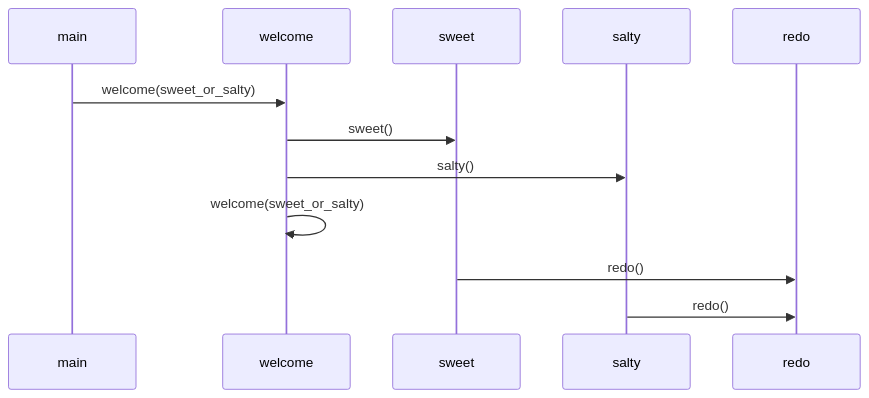
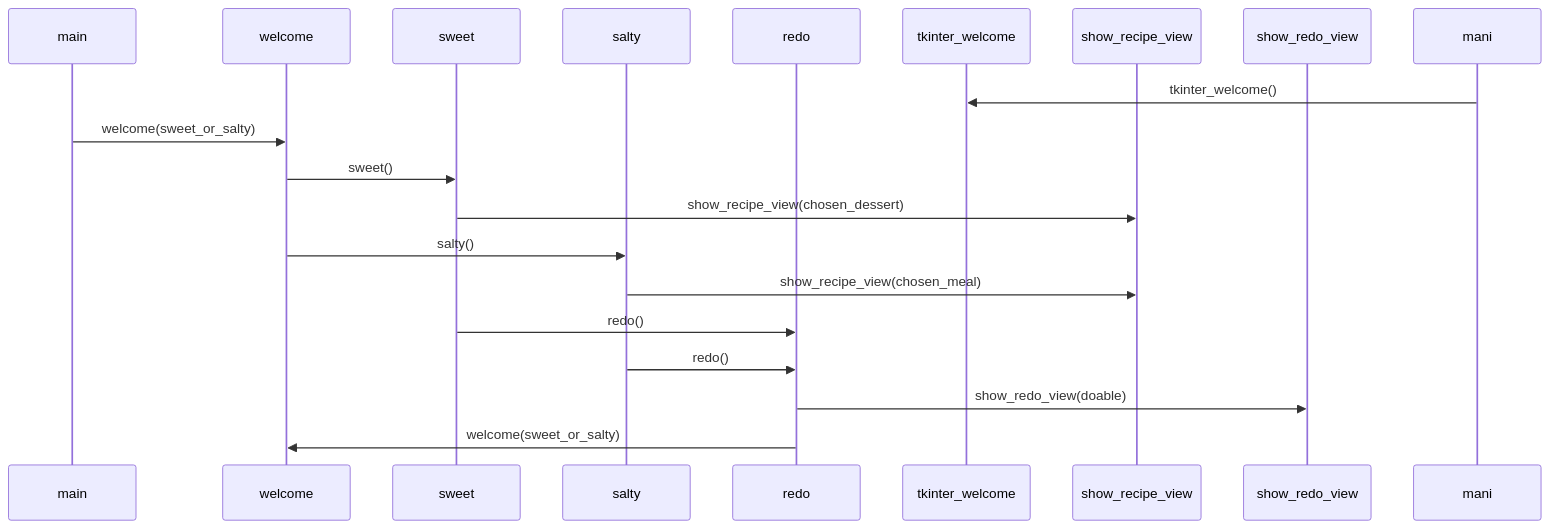
One commit to evas3/ot-harjoitustyo changed the diagram in dokumentaatio/arkkitehtuuri.md. Above: the diagram before and after it, drawn with Mermaid.

````diff
--- a/dokumentaatio/arkkitehtuuri.md
+++ b/dokumentaatio/arkkitehtuuri.md
@@ -1,14 +1,21 @@
 ```mermaid
 sequenceDiagram
   participant main
   participant welcome
   participant sweet
   participant salty
   participant redo
+  participant tkinter_welcome
+  participant show_recipe_view
+  participant show_redo_view
+  mani->>tkinter_welcome: tkinter_welcome()
   main->>welcome: welcome(sweet_or_salty)
   welcome->>sweet: sweet()
+  sweet->>show_recipe_view: show_recipe_view(chosen_dessert)
   welcome->>salty: salty()
-  welcome->>welcome: welcome(sweet_or_salty)
+  salty->>show_recipe_view: show_recipe_view(chosen_meal)
   sweet->>redo: redo()
   salty->>redo: redo()
+  redo->>show_redo_view: show_redo_view(doable)
+  redo->>welcome: welcome(sweet_or_salty)
 ```
````
